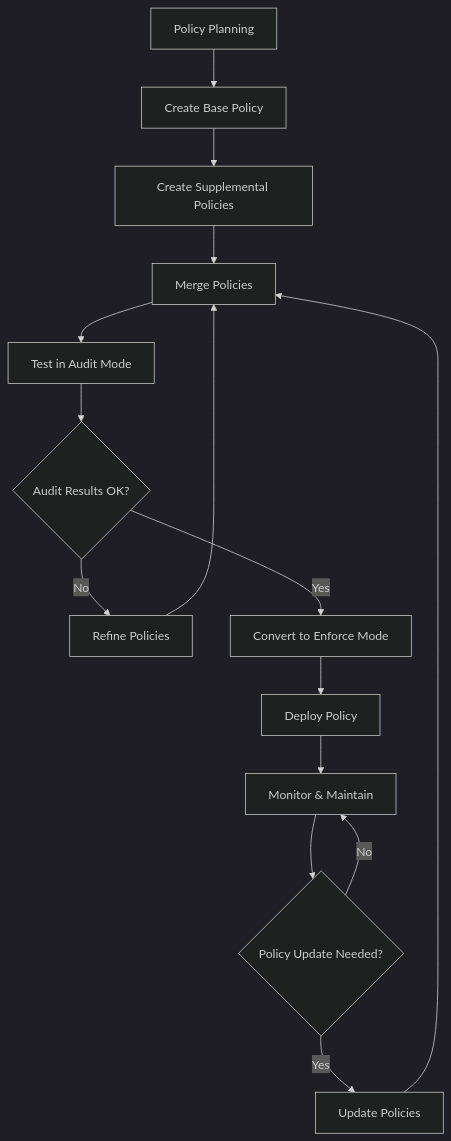
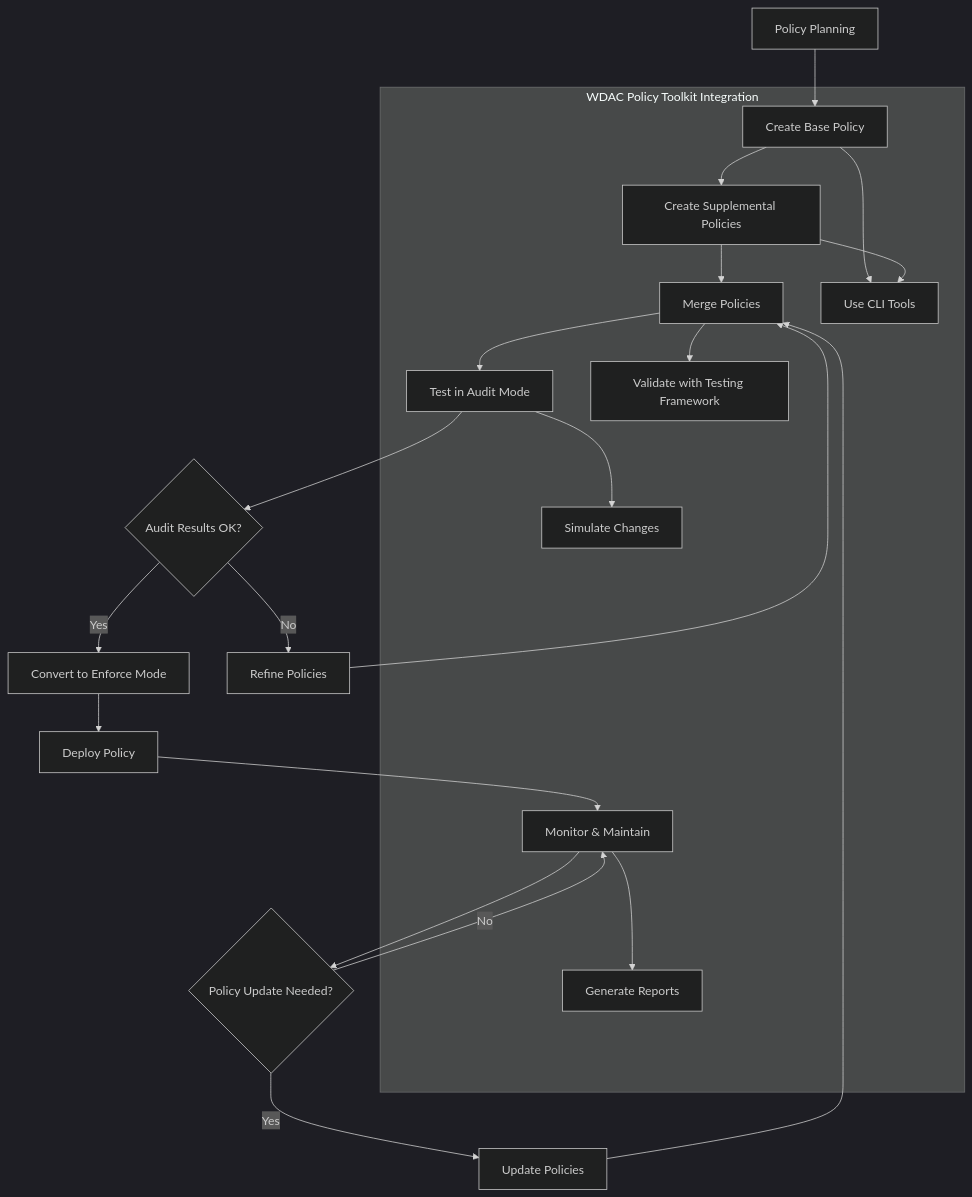
Before and after one commit to sakirm-icpl/WDAC-Enterprise-Security: the diagram in architecture/WDAC_Policy_Lifecycle.md, drawn with Mermaid (dark theme). The commit also changed other lines of this file and 15 other files, not shown here.

````diff
--- a/architecture/WDAC_Policy_Lifecycle.md
+++ b/architecture/WDAC_Policy_Lifecycle.md
@@ -5,17 +5,30 @@
 ```mermaid
 flowchart TD
     A[Policy Planning] --> B[Create Base Policy]
     B --> C[Create Supplemental Policies]
     C --> D[Merge Policies]
     D --> E[Test in Audit Mode]
     E --> F{Audit Results OK?}
     F -->|No| G[Refine Policies]
     G --> D
     F -->|Yes| H[Convert to Enforce Mode]
     H --> I[Deploy Policy]
     I --> J[Monitor & Maintain]
     J --> K{Policy Update Needed?}
     K -->|Yes| L[Update Policies]
     L --> D
     K -->|No| J
+    
+    subgraph "WDAC Policy Toolkit Integration"
+        M[Use CLI Tools]
+        N[Validate with Testing Framework]
+        O[Simulate Changes]
+        P[Generate Reports]
+        
+        B --> M
+        C --> M
+        D --> N
+        E --> O
+        J --> P
+    end
 ```
````
